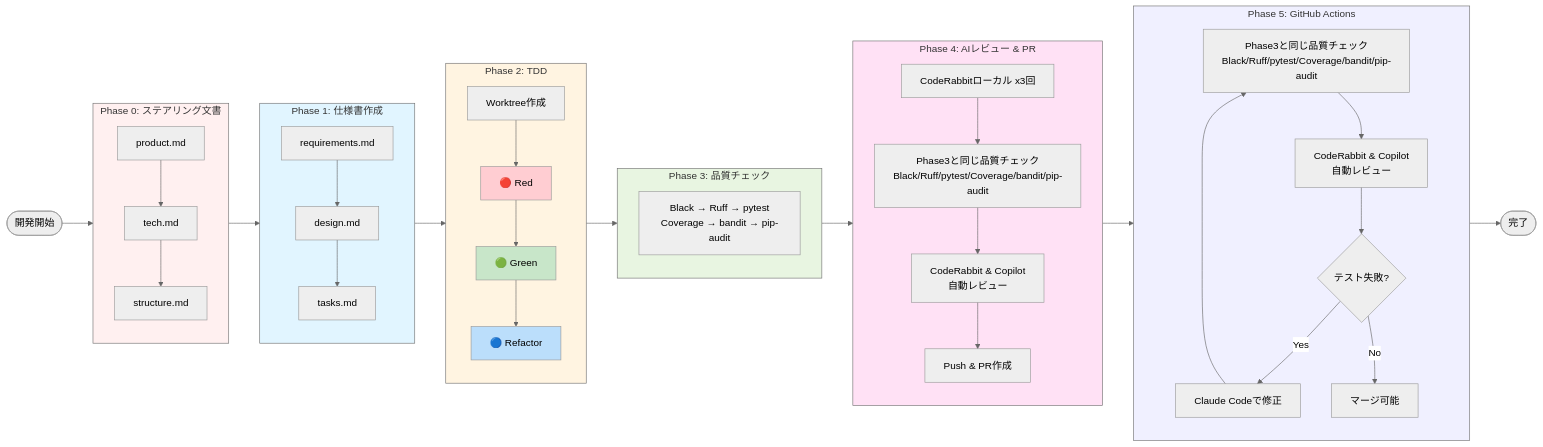
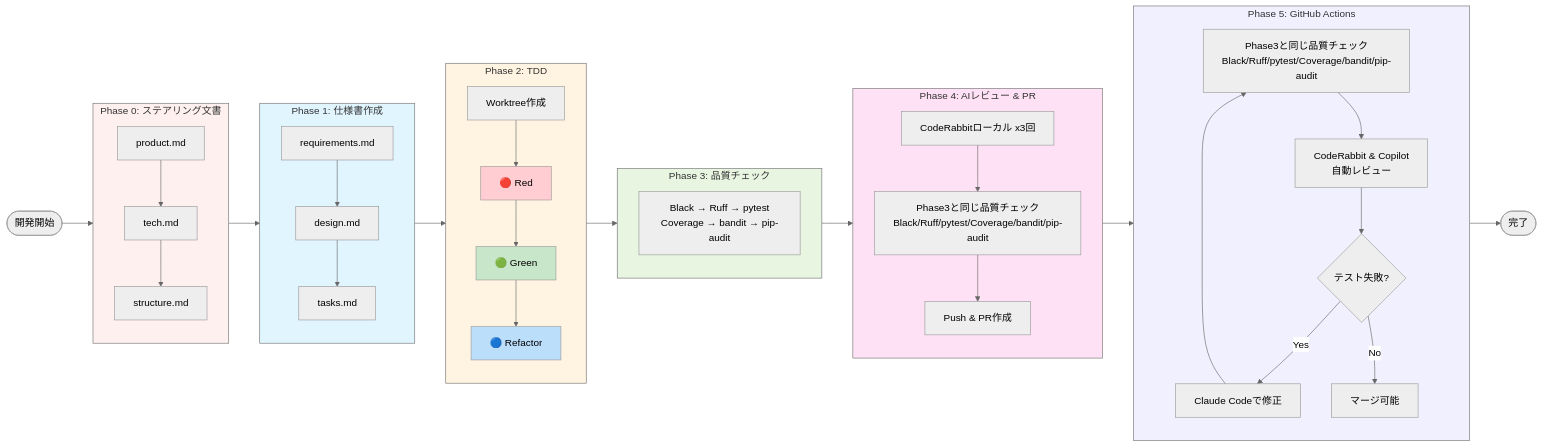
One commit to penpon/fairy changed the diagram in workflow.md. Above: the diagram before and after it, drawn with Mermaid (neutral theme).

````diff
--- a/workflow.md
+++ b/workflow.md
@@ -5,60 +5,60 @@
 ```mermaid
 flowchart LR
     Start([開発開始]) --> P0
 
     subgraph P0[Phase 0: ステアリング文書]
         direction TB
         Product[product.md] --> Tech[tech.md] --> Structure[structure.md]
     end
 
     P0 --> P1
 
     subgraph P1[Phase 1: 仕様書作成]
         direction TB
         Req[requirements.md] --> Design[design.md] --> Tasks[tasks.md]
     end
 
     P1 --> P2
 
     subgraph P2[Phase 2: TDD]
         direction TB
         Worktree[Worktree作成] --> Red[🔴 Red] --> Green[🟢 Green] --> Refactor[🔵 Refactor]
     end
 
     P2 --> P3
 
     subgraph P3[Phase 3: 品質チェック]
         direction TB
         QC[Black → Ruff → pytest<br/>Coverage → bandit → pip-audit]
     end
 
     P3 --> P4
 
     subgraph P4[Phase 4: AIレビュー & PR]
         direction TB
-        CR[CodeRabbitローカル x3回] --> P4_QC[Phase3と同じ品質チェック<br/>Black/Ruff/pytest/Coverage/bandit/pip-audit] --> P4_Review[CodeRabbit & Copilot<br/>自動レビュー] --> Push[Push & PR作成]
+        CR[CodeRabbitローカル x3回] --> P4_QC[Phase3と同じ品質チェック<br/>Black/Ruff/pytest/Coverage/bandit/pip-audit] --> Push[Push & PR作成]
     end
 
     P4 --> P5
 
     subgraph P5[Phase 5: GitHub Actions]
         direction TB
         P5_Test[Phase3と同じ品質チェック<br/>Black/Ruff/pytest/Coverage/bandit/pip-audit] --> P5_Review[CodeRabbit & Copilot<br/>自動レビュー]
         P5_Review --> P5_Fix{テスト失敗?}
         P5_Fix -->|Yes| P5_Claude[Claude Codeで修正]
         P5_Claude --> P5_Test
         P5_Fix -->|No| P5_Merge[マージ可能]
     end
 
     P5 --> End([完了])
 
     style P0 fill:#fff0f0
     style P1 fill:#e1f5ff
     style P2 fill:#fff4e1
     style P3 fill:#e8f5e1
     style P4 fill:#ffe1f5
     style P5 fill:#f0f0ff
     style Red fill:#ffcdd2
     style Green fill:#c8e6c9
     style Refactor fill:#bbdefb
 ```
````
